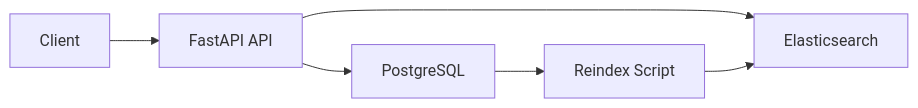
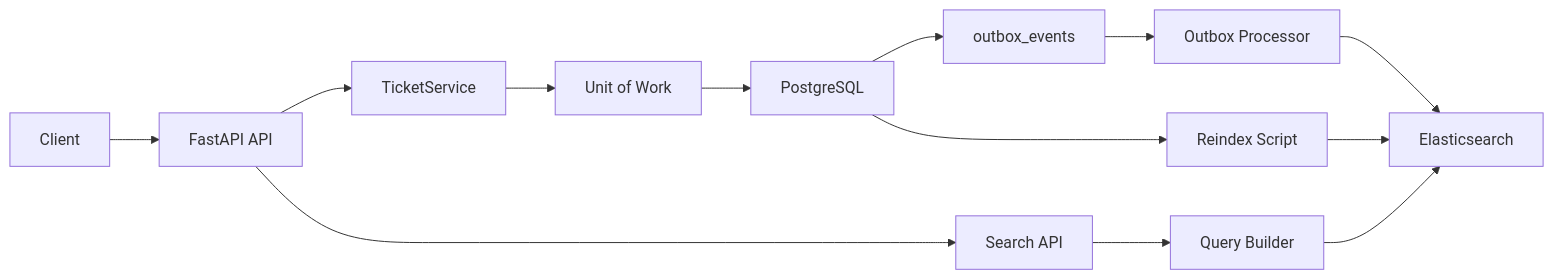
Before and after one commit to melika-kheirieh/fastapi-ticket-search-service: the diagram in README.md, drawn with Mermaid. The commit also changed other lines of this file, not shown here.

Commit message:
docs: document outbox-backed search sync

`````diff
--- a/README.md
+++ b/README.md
@@ -46,8 +50,19 @@
 ```mermaid
 flowchart LR
     Client["Client"] --> API["FastAPI API"]
-    API --> DB["PostgreSQL"]
-    API --> ES["Elasticsearch"]
+
+    API --> Service["TicketService"]
+    Service --> UOW["Unit of Work"]
+    UOW --> DB["PostgreSQL"]
+
+    DB --> Outbox["outbox_events"]
+    Outbox --> Processor["Outbox Processor"]
+    Processor --> ES["Elasticsearch"]
+
     DB --> Reindex["Reindex Script"]
     Reindex --> ES
-````
+
+    API --> Search["Search API"]
+    Search --> QueryBuilder["Query Builder"]
+    QueryBuilder --> ES
+```
`````
